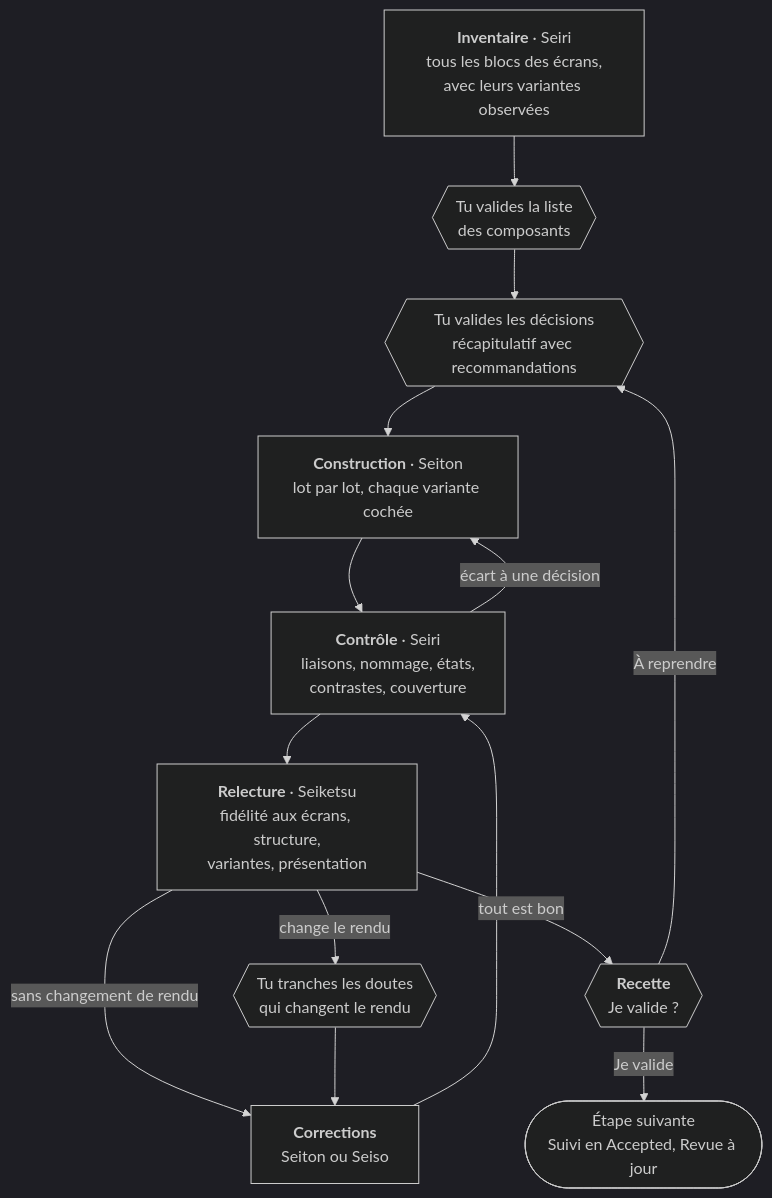
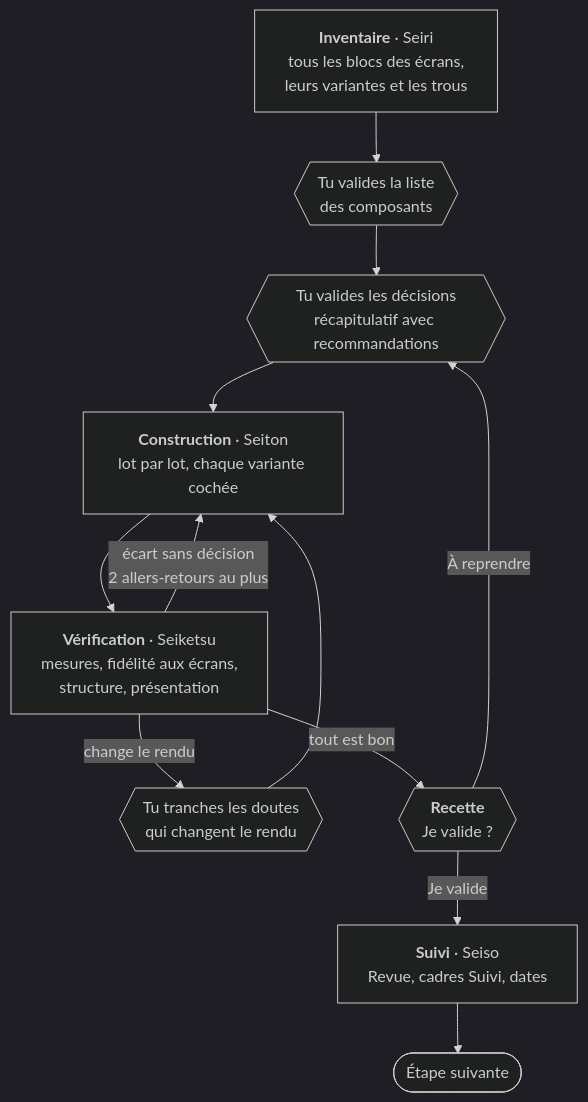
One commit to KatiroDesignStudio/figma-ui-kit changed the third of 3 diagrams in docs/fonctionnement.md. Above: the diagram before and after it, drawn with Mermaid (dark theme). The commit also changed other lines of this file and 18 other files, not shown here.

````diff
--- a/docs/fonctionnement.md
+++ b/docs/fonctionnement.md
@@ -81,23 +82,19 @@
 ```mermaid
 flowchart TB
-    I["<b>Inventaire</b> · Seiri<br/>tous les blocs des écrans,<br/>avec leurs variantes observées"]
+    I["<b>Inventaire</b> · Seiri<br/>tous les blocs des écrans,<br/>leurs variantes et les trous"]
     IV{{"Tu valides la liste<br/>des composants"}}
     DE{{"Tu valides les décisions<br/>récapitulatif avec recommandations"}}
     C["<b>Construction</b> · Seiton<br/>lot par lot, chaque variante cochée"]
-    CT["<b>Contrôle</b> · Seiri<br/>liaisons, nommage, états,<br/>contrastes, couverture"]
-    RL["<b>Relecture</b> · Seiketsu<br/>fidélité aux écrans, structure,<br/>variantes, présentation"]
+    VE["<b>Vérification</b> · Seiketsu<br/>mesures, fidélité aux écrans,<br/>structure, présentation"]
     DO{{"Tu tranches les doutes<br/>qui changent le rendu"}}
-    CO["<b>Corrections</b><br/>Seiton ou Seiso"]
     RE{{"<b>Recette</b><br/>Je valide ?"}}
-    NX(["Étape suivante<br/>Suivi en Accepted, Revue à jour"])
+    SU["<b>Suivi</b> · Seiso<br/>Revue, cadres Suivi, dates"]
+    NX(["Étape suivante"])
 
-    I --> IV --> DE --> C --> CT
-    CT -->|"écart à une décision"| C
-    CT --> RL
-    RL -->|"sans changement de rendu"| CO
-    RL -->|"change le rendu"| DO --> CO
-    CO --> CT
-    RL -->|"tout est bon"| RE
-    RE -->|"Je valide"| NX
+    I --> IV --> DE --> C --> VE
+    VE -->|"écart sans décision<br/>2 allers-retours au plus"| C
+    VE -->|"change le rendu"| DO --> C
+    VE -->|"tout est bon"| RE
+    RE -->|"Je valide"| SU --> NX
     RE -->|"À reprendre"| DE
 ```
````
